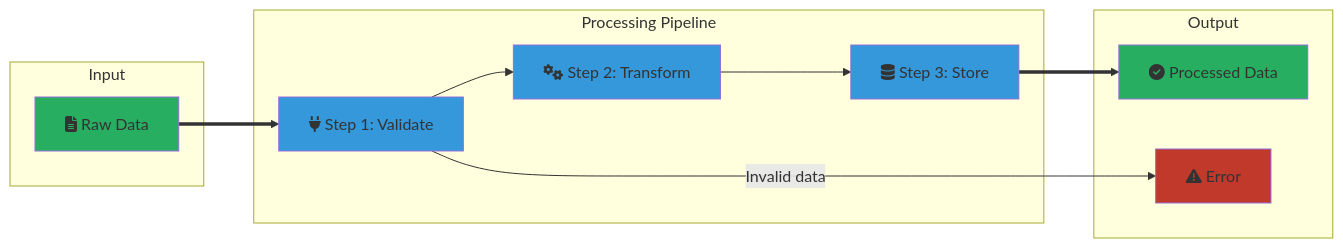
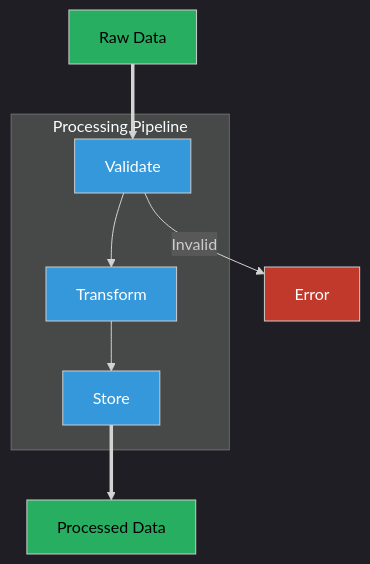
Before and after one commit to lukaszj321/otcv8-dev: the first of 58 diagrams in docs/authoring/_instructions/diagram_system/03_DESIGN_PATTERNS.md, drawn with Mermaid. The commit also changed other lines of this file, not shown here.

````diff
--- a/docs/authoring/_instructions/diagram_system/03_DESIGN_PATTERNS.md
+++ b/docs/authoring/_instructions/diagram_system/03_DESIGN_PATTERNS.md
@@ -21,22 +84,24 @@
     ```mermaid
-    graph LR
-        classDef data fill:#27ae60
-        classDef process fill:#3498db
-        classDef error fill:#c0392b
+    %%{init: {'theme': 'dark'}}%%
+    flowchart TD
+        classDef data fill:#27ae60,color:#000
+        classDef process fill:#3498db,color:#fff
+        classDef error fill:#c0392b,color:#fff
 
-        subgraph "Input"
-            InputData["fa:fa-file-alt Raw Data"]:::data
+        Input["Raw Data"]:::data
+
+        subgraph "Processing Pipeline"
+            V["Validate"]:::process
+            T["Transform"]:::process
+            S["Store"]:::process
         end
-        subgraph "Processing Pipeline"
-            Step1["fa:fa-plug Step 1: Validate"]:::process
-            Step2["fa:fa-cogs Step 2: Transform"]:::process
-            Step3["fa:fa-database Step 3: Store"]:::process
-        end
-        subgraph "Output"
-            OutputData["fa:fa-check-circle Processed Data"]:::data
-            ErrorData["fa:fa-exclamation-triangle Error"]:::error
-        end
-        
-        InputData ==> Step1 --> Step2 --> Step3 ==> OutputData
-        Step1 -- "Invalid data" --> ErrorData
+
+        Output["Processed Data"]:::data
+        Err["Error"]:::error
+
+        Input ==> V --> T --> S ==> Output
+        V -- "Invalid" --> Err
+
+        click V "#wzorzec-maszyny-stanow-statediagram-v2" "Zobacz stany walidatora"
+        click S "#wzorzec-modelu-danych-erdiagram" "Zobacz model danych"
     ```
````
